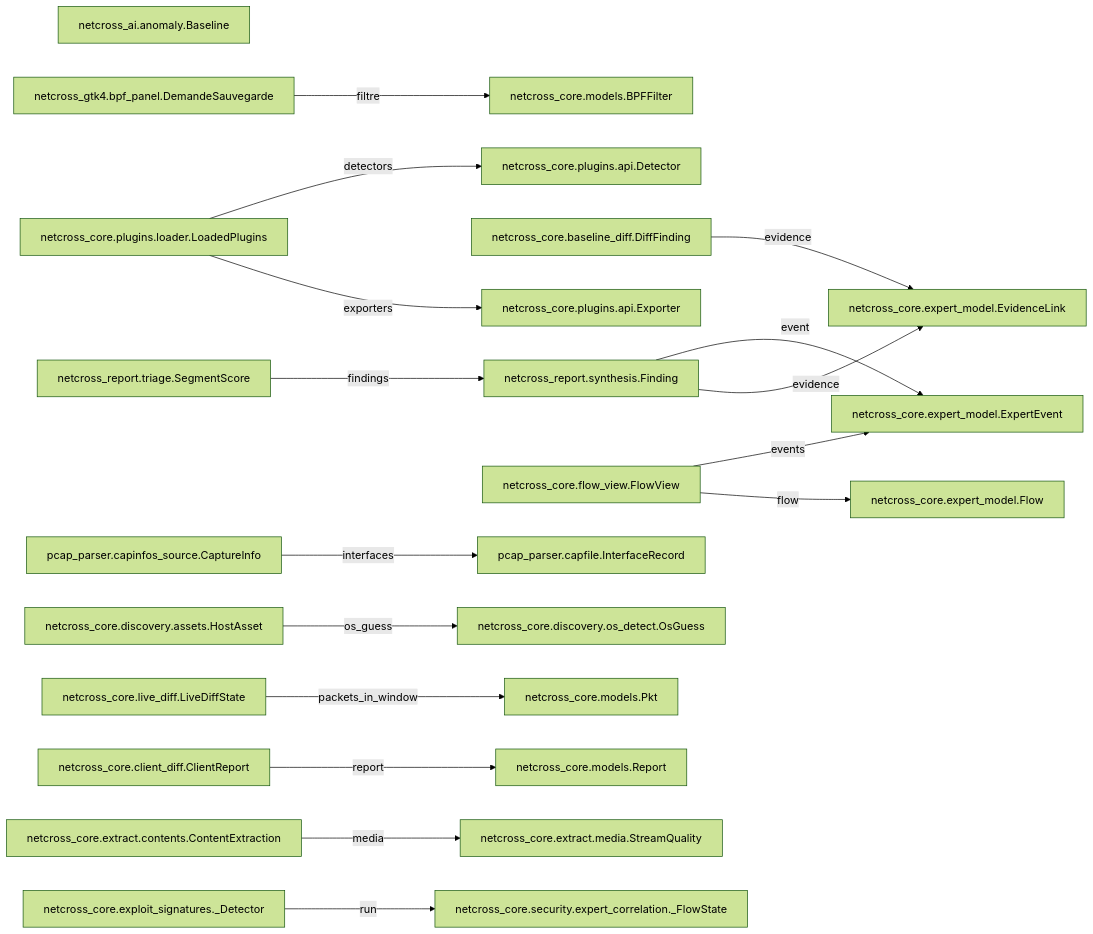
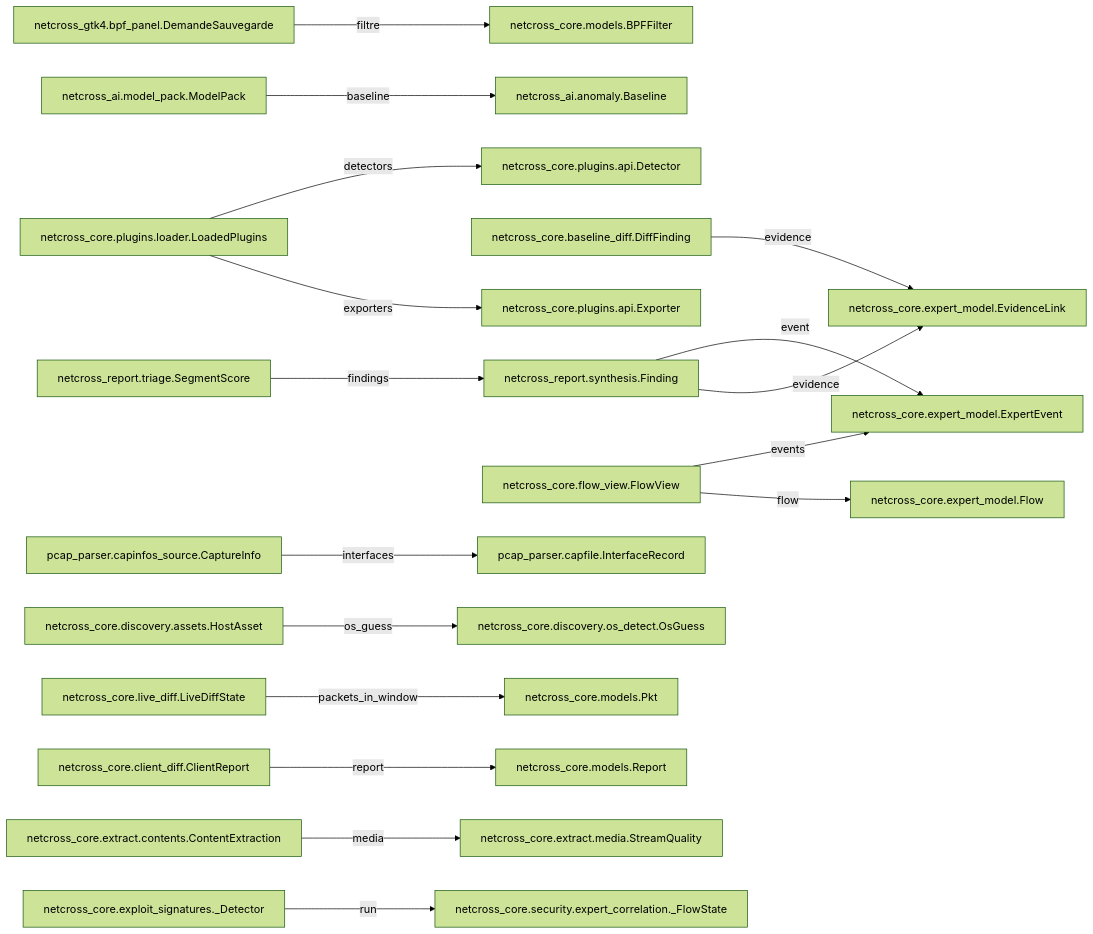
Before and after one commit to MathildeDec/Netcross: the second of 19 diagrams in docs/class-diagram.md, drawn with Mermaid (forest theme). The commit also changed other lines of this file and 4 other files, not shown here.

````diff
--- a/docs/class-diagram.md
+++ b/docs/class-diagram.md
@@ -53,43 +55,45 @@
 ```mermaid
 flowchart LR
     BPFFilter["netcross_core.models.BPFFilter"]
     Baseline["netcross_ai.anomaly.Baseline"]
     CaptureInfo["pcap_parser.capinfos_source.CaptureInfo"]
     ClientReport["netcross_core.client_diff.ClientReport"]
     ContentExtraction["netcross_core.extract.contents.ContentExtraction"]
     DemandeSauvegarde["netcross_gtk4.bpf_panel.DemandeSauvegarde"]
     Detector["netcross_core.plugins.api.Detector"]
     DiffFinding["netcross_core.baseline_diff.DiffFinding"]
     EvidenceLink["netcross_core.expert_model.EvidenceLink"]
     ExpertEvent["netcross_core.expert_model.ExpertEvent"]
     Exporter["netcross_core.plugins.api.Exporter"]
     Finding["netcross_report.synthesis.Finding"]
     FlowView["netcross_core.flow_view.FlowView"]
     Flow["netcross_core.expert_model.Flow"]
     HostAsset["netcross_core.discovery.assets.HostAsset"]
     InterfaceRecord["pcap_parser.capfile.InterfaceRecord"]
     LiveDiffState["netcross_core.live_diff.LiveDiffState"]
     LoadedPlugins["netcross_core.plugins.loader.LoadedPlugins"]
+    ModelPack["netcross_ai.model_pack.ModelPack"]
     OsGuess["netcross_core.discovery.os_detect.OsGuess"]
     Pkt["netcross_core.models.Pkt"]
     Report["netcross_core.models.Report"]
     SegmentScore["netcross_report.triage.SegmentScore"]
     StreamQuality["netcross_core.extract.media.StreamQuality"]
     _Detector["netcross_core.exploit_signatures._Detector"]
     netcross_core_security_expert_correlation__FlowState["netcross_core.security.expert_correlation._FlowState"]
     CaptureInfo -->|interfaces| InterfaceRecord
     ClientReport -->|report| Report
     ContentExtraction -->|media| StreamQuality
     DemandeSauvegarde -->|filtre| BPFFilter
     DiffFinding -->|evidence| EvidenceLink
     Finding -->|event| ExpertEvent
     Finding -->|evidence| EvidenceLink
     FlowView -->|events| ExpertEvent
     FlowView -->|flow| Flow
     HostAsset -->|os_guess| OsGuess
     LiveDiffState -->|packets_in_window| Pkt
     LoadedPlugins -->|detectors| Detector
     LoadedPlugins -->|exporters| Exporter
+    ModelPack -->|baseline| Baseline
     SegmentScore -->|findings| Finding
     _Detector -->|run| netcross_core_security_expert_correlation__FlowState
 ```
````
